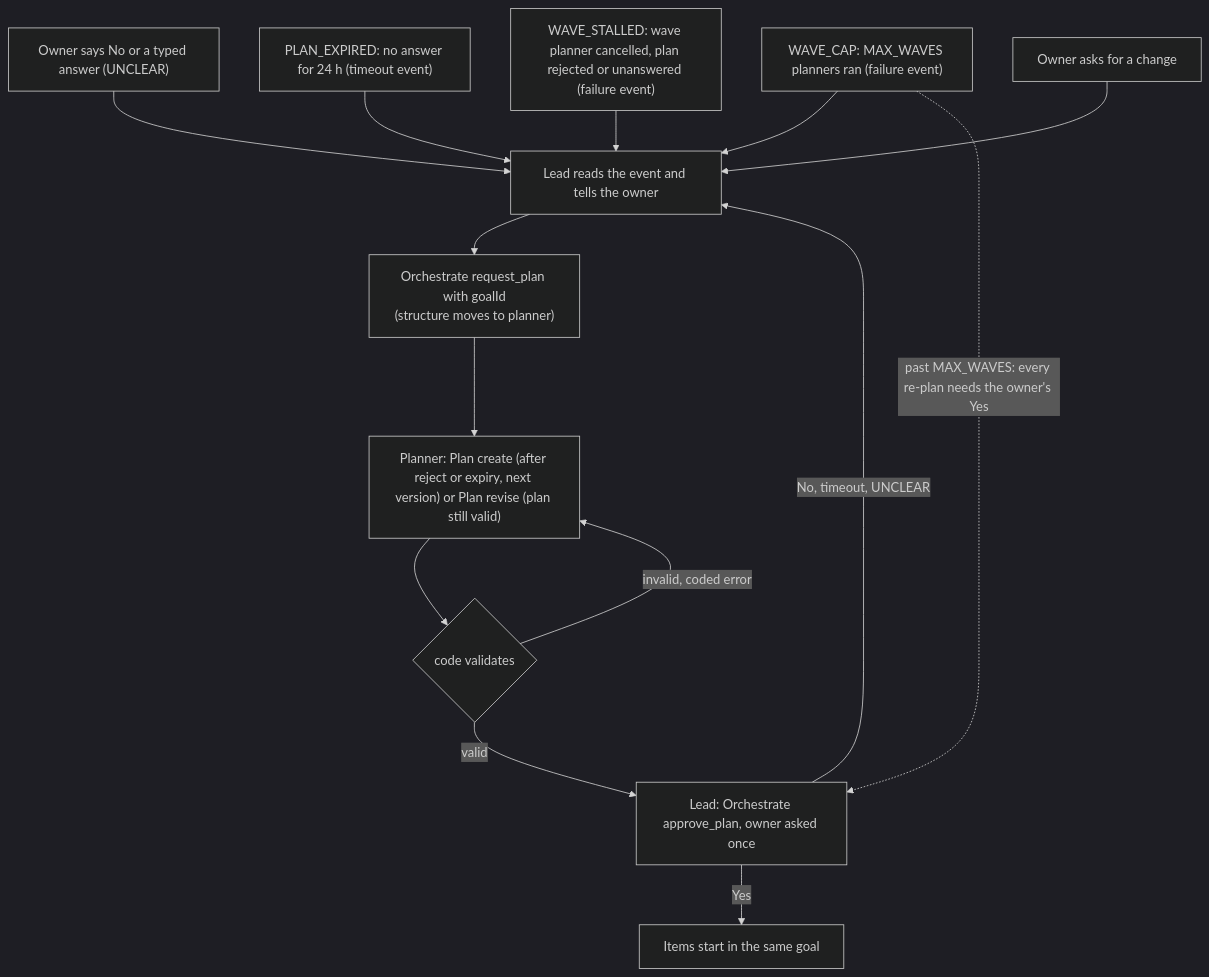
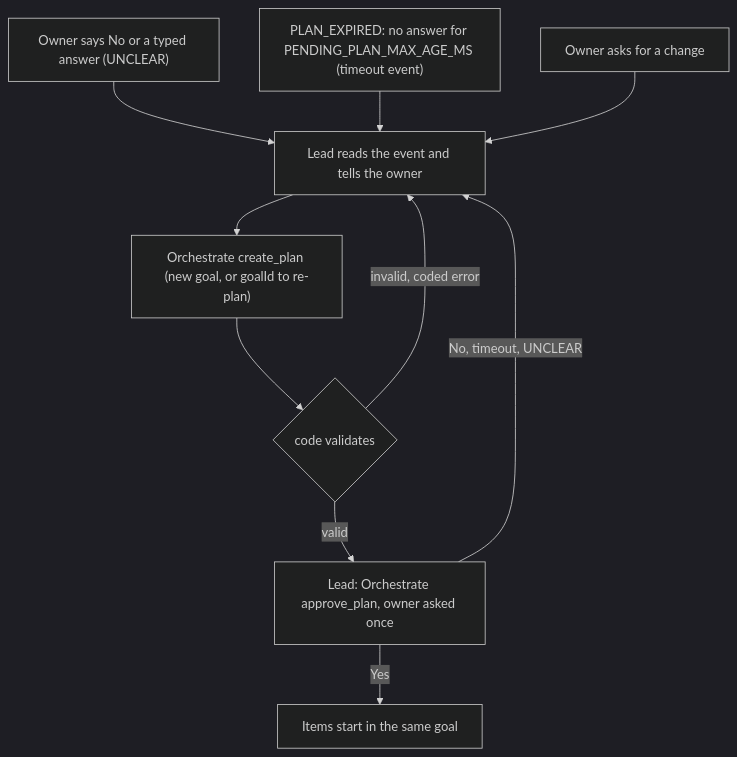
The third of 6 diagrams in docs/lead-team-flow.md (longlee218/slim-friday), drawn with Mermaid (dark theme) before and after one commit. The commit also changed other lines of this file and 5 other files, not shown here.

Commit message:
docs: describe the lead-written plan flow, drop planner and rolling waves

````diff
--- a/docs/lead-team-flow.md
+++ b/docs/lead-team-flow.md
@@ -67,18 +66,14 @@
 ```mermaid
 flowchart TD
     T1["Owner says No or a typed answer (UNCLEAR)"]
-    T2["PLAN_EXPIRED: no answer for 24 h (timeout event)"]
-    T3["WAVE_STALLED: wave planner cancelled, plan rejected or unanswered (failure event)"]
-    T4["WAVE_CAP: MAX_WAVES planners ran (failure event)"]
-    T5["Owner asks for a change"]
+    T2["PLAN_EXPIRED: no answer for PENDING_PLAN_MAX_AGE_MS (timeout event)"]
+    T3["Owner asks for a change"]
 
-    T1 & T2 & T3 & T4 & T5 --> Lead["Lead reads the event and tells the owner"]
-    Lead --> RP["Orchestrate request_plan with goalId<br/>(structure moves to planner)"]
-    RP --> PL["Planner: Plan create (after reject or expiry, next version) or Plan revise (plan still valid)"]
-    PL --> VAL{"code validates"}
-    VAL -->|invalid, coded error| PL
+    T1 & T2 & T3 --> Lead["Lead reads the event and tells the owner"]
+    Lead --> CP["Orchestrate create_plan (new goal, or goalId to re-plan)"]
+    CP --> VAL{"code validates"}
+    VAL -->|invalid, coded error| Lead
     VAL -->|valid| ASK["Lead: Orchestrate approve_plan, owner asked once"]
     ASK -->|Yes| RUN["Items start in the same goal"]
     ASK -->|No, timeout, UNCLEAR| Lead
-    T4 -.->|"past MAX_WAVES: every re-plan needs the owner's Yes"| ASK
 ```
````
